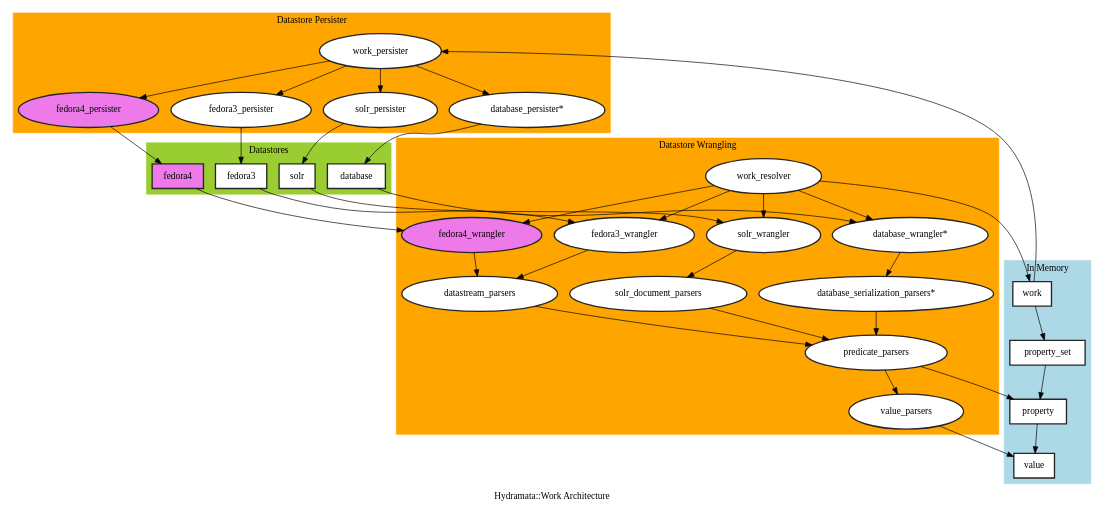
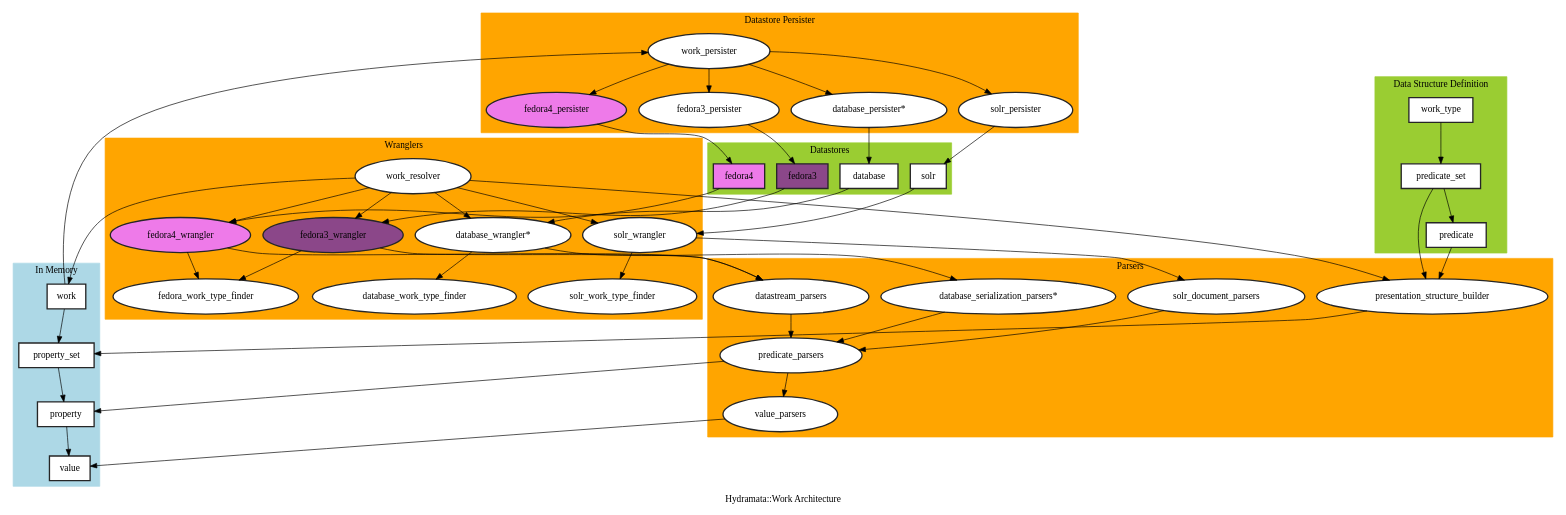
The diagram in documents/diagrams/hydramata-work-architecture.dot (jeremyf/hydramata-works), drawn with Graphviz before and after one commit.

Commit message:
Updating Hydramata Work Architecture

```diff
--- a/documents/diagrams/hydramata-work-architecture.dot
+++ b/documents/diagrams/hydramata-work-architecture.dot
@@ -1,113 +1,129 @@
 digraph "G" {
     label="Hydramata::Work Architecture"
     compound=true;
     node[color="grey15" style=filled fillcolor=white shape=oval penwidth=2 margin="0.15, 0.15"];
 
     subgraph cluster_0 {
         label="Datastores"
         color="olivedrab3"
         style="filled"
         node[shape=record]
-        fedora3
+        fedora3[fillcolor=orchid4]
         database
         fedora4[fillcolor=orchid2]
         solr
     }
 
-    subgraph cluster_5 {
+    subgraph cluster_1 {
+        label="Wranglers"
+        color="orange"
+        style="filled"
+        work_resolver
+        fedora3_wrangler[fillcolor=orchid4]
+        fedora4_wrangler[fillcolor=orchid2]
+        database_wrangler[label="database_wrangler*"]
+        solr_wrangler
+        fedora_work_type_finder
+        fedora_work_type_finder
+        solr_work_type_finder
+        database_work_type_finder
+    }
+
+    subgraph cluster_8 {
+        label="Parsers"
+        color="orange"
+        style="filled"
+
+        datastream_parsers
+        database_serialization_parsers[label="database_serialization_parsers*"]
+        solr_document_parsers
+        predicate_parsers
+        value_parsers
+        presentation_structure_builder
+    }
+
+    subgraph cluster_2 {
         label="Data Structure Definition"
         color="olivedrab3"
         style="filled"
         node[shape=record]
 
- #       work_type -> predicate_set -> predicate
+        work_type -> predicate_set -> predicate
     }
 
-    subgraph cluster_1 {
-        label="Datastore Wrangling"
-        color="orange"
-        style="filled"
-        fedora3_wrangler
-        fedora4_wrangler[fillcolor=orchid2]
-        database_wrangler[label="database_wrangler*"]
-        solr_wrangler
-        work_resolver
-        datastream_parsers
-        database_serialization_parsers[label="database_serialization_parsers*"]
-        solr_document_parsers
-        predicate_parsers
-        value_parsers
-    }
 
-    subgraph cluster_6 {
+    subgraph cluster_3 {
         label="Datastore Persister"
         color="orange"
         style="filled"
         fedora3_persister
         fedora4_persister[fillcolor=orchid2]
         database_persister[label="database_persister*"]
         solr_persister
         work_persister
     }
-    work_persister -> fedora3_persister
-    work_persister -> fedora4_persister
-    work_persister -> database_persister
-    work_persister -> solr_persister
-    fedora4_persister -> fedora4
-    fedora3_persister -> fedora3
-    database_persister -> database
-    solr_persister -> solr
 
-    subgraph cluster_2 {
+    subgraph cluster_4 {
         label="In Memory"
         color="lightblue"
         style="filled"
         node[shape=record]
         work
         property_set
         property
         value
-
-        work -> property_set
-        property_set -> property
-        property -> value
     }
 
-
-    subgraph cluster_3 {
+    subgraph cluster_5 {
         label="Buffer Map"
         color="orange"
         style="filled"
     }
 
-    subgraph cluster_4 {
+    subgraph cluster_6 {
         label="Output Buffer"
         color="firebrick2"
         style="filled"
     }
 
+    presentation_structure_builder -> property_set
+    database -> database_wrangler
+    database_persister -> database
+    database_serialization_parsers -> predicate_parsers
+    database_wrangler -> database_serialization_parsers
+    database_wrangler -> database_work_type_finder
+    datastream_parsers -> predicate_parsers
+    fedora3 -> fedora3_wrangler
+    fedora3_persister -> fedora3
+    fedora3_wrangler -> datastream_parsers
+    fedora3_wrangler -> fedora_work_type_finder
+    fedora_work_type_finder
+    fedora4 -> fedora4_wrangler
+    fedora4_persister -> fedora4
+    fedora4_wrangler -> datastream_parsers
+    fedora4_wrangler -> fedora_work_type_finder
+    predicate -> presentation_structure_builder
+    predicate_parsers -> property
+    predicate_parsers -> value_parsers
+    predicate_set -> presentation_structure_builder
+    property -> value
+    property_set -> property
+    solr -> solr_wrangler
+    solr_document_parsers -> predicate_parsers
+    solr_persister -> solr
+    solr_wrangler -> solr_document_parsers
+    solr_wrangler -> solr_work_type_finder
+    value_parsers -> value
+    work -> property_set
     work -> work_persister
-
-    fedora3 -> fedora3_wrangler
-    fedora4 -> fedora4_wrangler
-    database -> database_wrangler
-    solr -> solr_wrangler
-    fedora3_wrangler -> datastream_parsers
-    fedora4_wrangler -> datastream_parsers
-    solr_wrangler -> solr_document_parsers
-    database_wrangler -> database_serialization_parsers
-    database_serialization_parsers -> predicate_parsers
-    solr_document_parsers -> predicate_parsers
-    datastream_parsers -> predicate_parsers
-    predicate_parsers -> value_parsers
-
-    work_resolver -> work
-    predicate_parsers -> property
-    value_parsers -> value
-
+    work_persister -> database_persister
+    work_persister -> fedora3_persister
+    work_persister -> fedora4_persister
+    work_persister -> solr_persister
+    work_resolver -> presentation_structure_builder
+    work_resolver -> database_wrangler
     work_resolver -> fedora3_wrangler
     work_resolver -> fedora4_wrangler
-    work_resolver -> database_wrangler
     work_resolver -> solr_wrangler
-
+    work_resolver -> work
 }
```
